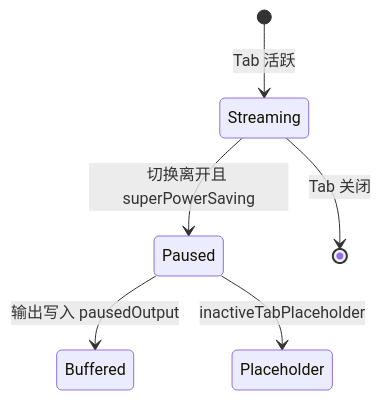
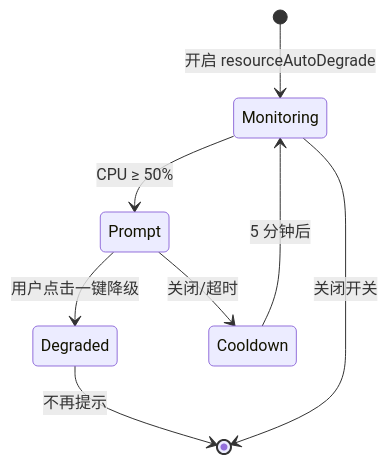
One commit to Landers1037/NioZy changed the third of 3 diagrams in docs/功能性能.md. Above: the diagram before and after it, drawn with Mermaid. The commit also changed other lines of this file and 10 other files, not shown here.

First line of the commit message:
feat(performance): add resource auto-degrade monitor

````diff
--- a/docs/功能性能.md
+++ b/docs/功能性能.md
@@ -35,8 +86,10 @@
 ```mermaid
 stateDiagram-v2
-  [*] --> Streaming: Tab 活跃
-  Streaming --> Paused: 切换离开且 superPowerSaving
-  Paused --> Buffered: 输出写入 pausedOutput
-  Paused --> Placeholder: inactiveTabPlaceholder
-  Streaming --> [*]: Tab 关闭
+  [*] --> Monitoring: 开启 resourceAutoDegrade
+  Monitoring --> Prompt: CPU ≥ 50%
+  Prompt --> Degraded: 用户点击一键降级
+  Prompt --> Cooldown: 关闭/超时
+  Cooldown --> Monitoring: 5 分钟后
+  Degraded --> [*]: 不再提示
+  Monitoring --> [*]: 关闭开关
 ```
````
